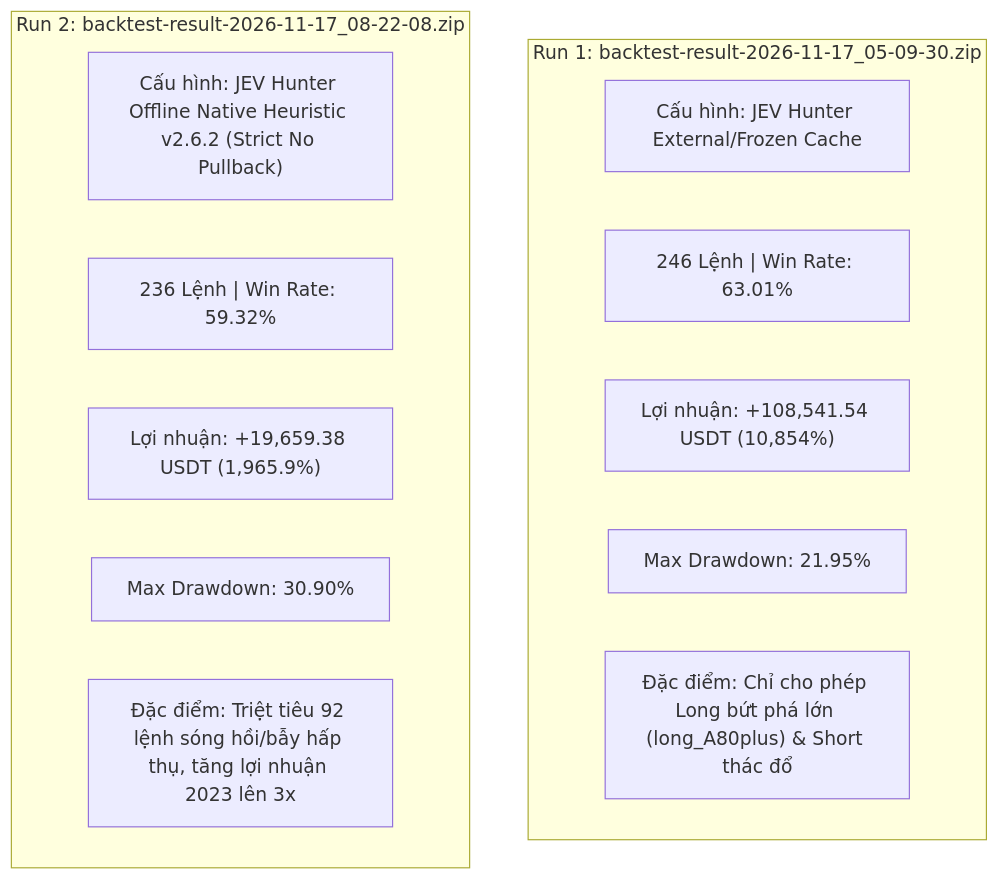
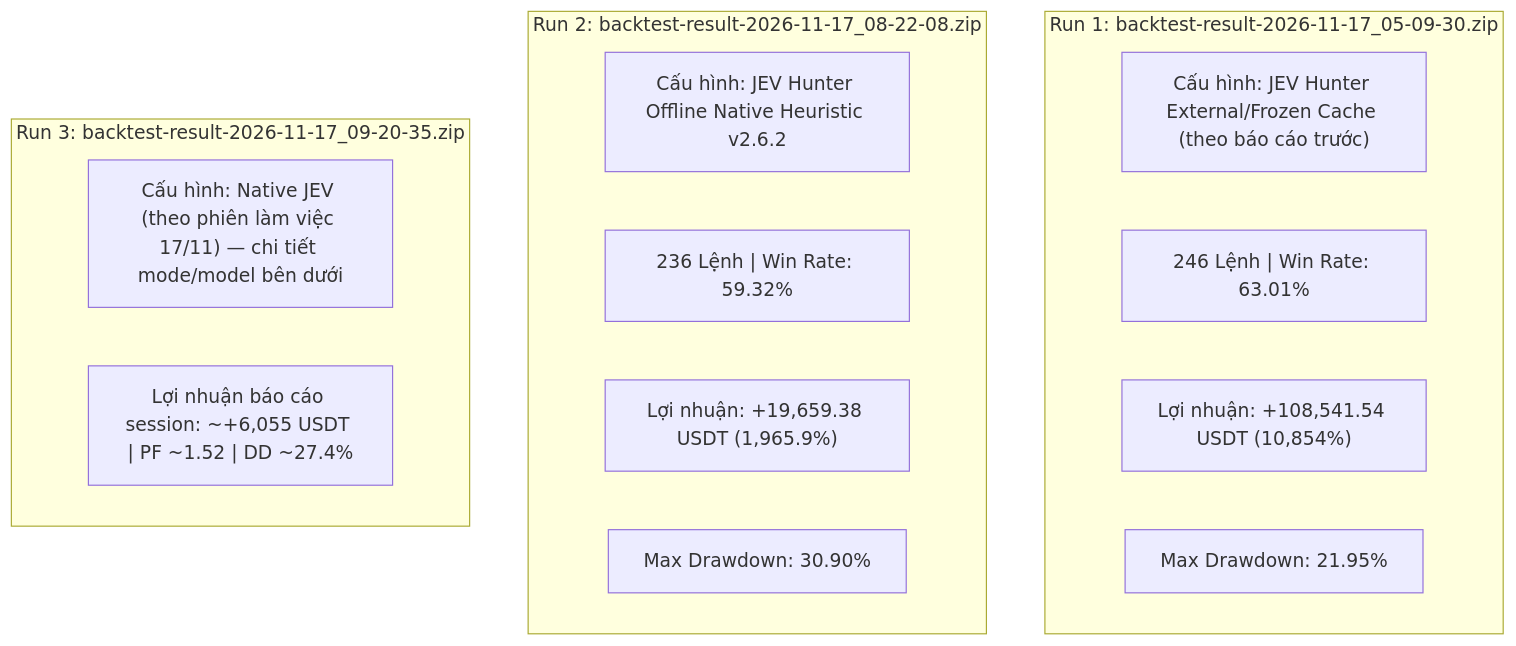
One commit to 9xlayer/freqtrade changed the diagram in reports/BACKTEST_SPECIFICATION.md. Above: the diagram before and after it, drawn with Mermaid. The commit also changed other lines of this file and 5 other files, not shown here.

First line of the commit message:
fix(jev): isolate cache identity and harden execution safety tests

````diff
--- a/reports/BACKTEST_SPECIFICATION.md
+++ b/reports/BACKTEST_SPECIFICATION.md
@@ -40,18 +64,21 @@
 ```mermaid
 flowchart TD
     subgraph Run1["Run 1: backtest-result-2026-11-17_05-09-30.zip"]
-        R1_Config["Cấu hình: JEV Hunter External/Frozen Cache"]
+        R1_Config["Cấu hình: JEV Hunter External/Frozen Cache (theo báo cáo trước)"]
         R1_Trades["246 Lệnh | Win Rate: 63.01%"]
         R1_Profit["Lợi nhuận: +108,541.54 USDT (10,854%)"]
         R1_DD["Max Drawdown: 21.95%"]
-        R1_Feat["Đặc điểm: Chỉ cho phép Long bứt phá lớn (long_A80plus) & Short thác đổ"]
     end
 
     subgraph Run2["Run 2: backtest-result-2026-11-17_08-22-08.zip"]
-        R2_Config["Cấu hình: JEV Hunter Offline Native Heuristic v2.6.2 (Strict No Pullback)"]
+        R2_Config["Cấu hình: JEV Hunter Offline Native Heuristic v2.6.2"]
         R2_Trades["236 Lệnh | Win Rate: 59.32%"]
         R2_Profit["Lợi nhuận: +19,659.38 USDT (1,965.9%)"]
         R2_DD["Max Drawdown: 30.90%"]
-        R2_Feat["Đặc điểm: Triệt tiêu 92 lệnh sóng hồi/bẫy hấp thụ, tăng lợi nhuận 2023 lên 3x"]
+    end
+
+    subgraph Run3["Run 3: backtest-result-2026-11-17_09-20-35.zip"]
+        R3_Config["Cấu hình: Native JEV (theo phiên làm việc 17/11) — chi tiết mode/model bên dưới"]
+        R3_Profit["Lợi nhuận báo cáo session: ~+6,055 USDT | PF ~1.52 | DD ~27.4%"]
     end
 ```
````
